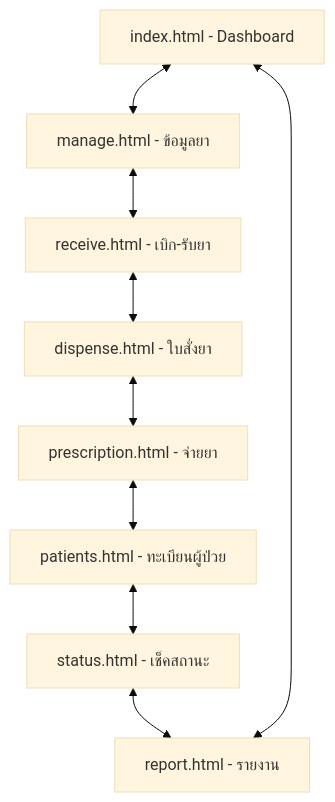
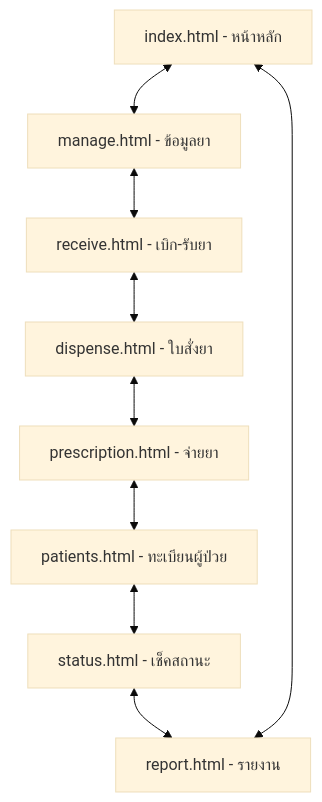
The fourth of 4 diagrams in system_flowchart.md (Nonnani-cs/G2_cs403), drawn with Mermaid (base theme) before and after one commit. The commit also changed other lines of this file, not shown here.

Commit message:
flowchart v1

````diff
--- a/system_flowchart.md
+++ b/system_flowchart.md
@@ -57,11 +83,11 @@
 ```mermaid
 graph TD
-    Index[index.html - Dashboard] <--> Manage[manage.html - ข้อมูลยา]
-    Manage <--> Receive[receive.html - เบิก-รับยา]
+    Dashboard[index.html - หน้าหลัก] <--> Medication[manage.html - ข้อมูลยา]
+    Medication <--> Receive[receive.html - เบิก-รับยา]
     Receive <--> Dispense[dispense.html - ใบสั่งยา]
     Dispense <--> Prescription[prescription.html - จ่ายยา]
     Prescription <--> Patients[patients.html - ทะเบียนผู้ป่วย]
     Patients <--> Status[status.html - เช็คสถานะ]
     Status <--> Report[report.html - รายงาน]
-    Report <--> Index
+    Report <--> Dashboard
 ```
````
